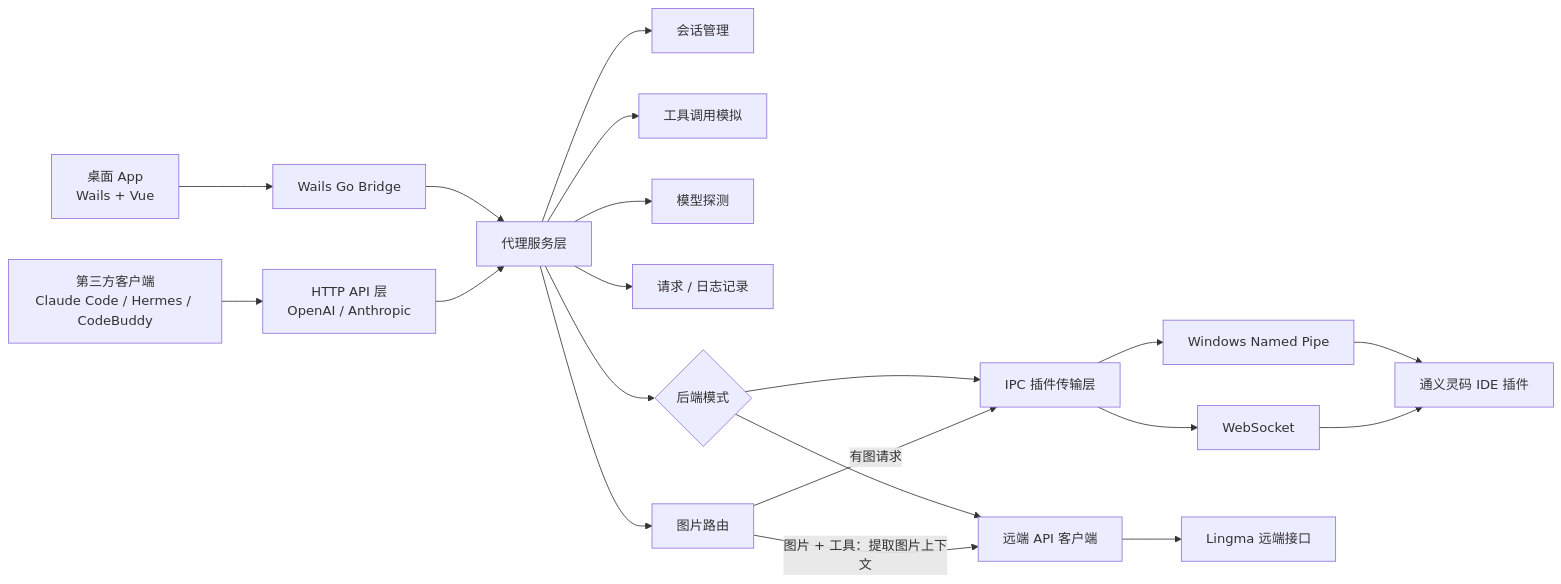
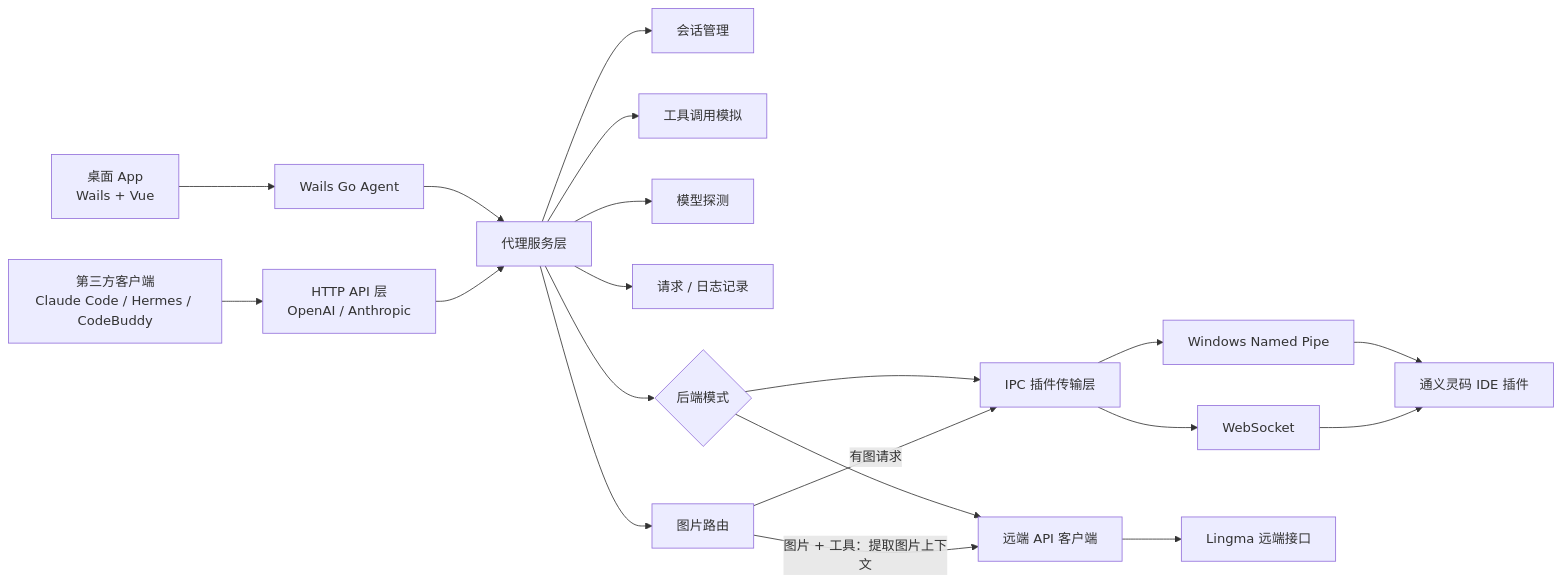
One commit to Lutiancheng1/lingma-proxy changed the diagram in README.zh-CN.md. Above: the diagram before and after it, drawn with Mermaid. The commit also changed other lines of this file and 53 other files, not shown here.

Commit message:
refactor: rename bridge to agent and release v1.6.8 with cloudflare deployment integration

````diff
--- a/README.zh-CN.md
+++ b/README.zh-CN.md
@@ -301,22 +301,22 @@
 ```mermaid
 flowchart LR
   Client["第三方客户端<br/>Claude Code / Hermes / CodeBuddy"] --> HTTP["HTTP API 层<br/>OpenAI / Anthropic"]
-  Desktop["桌面 App<br/>Wails + Vue"] --> Bridge["Wails Go Bridge"]
-  Bridge --> Service["代理服务层"]
+  Desktop["桌面 App<br/>Wails + Vue"] --> Agent["Wails Go Agent"]
+  Agent --> Service["代理服务层"]
   HTTP --> Service
   Service --> Session["会话管理"]
   Service --> Tooling["工具调用模拟"]
   Service --> Model["模型探测"]
   Service --> Recorder["请求 / 日志记录"]
   Service --> Images["图片路由"]
   Service --> Backend{"后端模式"}
   Backend --> Transport["IPC 插件传输层"]
   Backend --> Remote["远端 API 客户端"]
   Images -->|"有图请求"| Transport
   Images -->|"图片 + 工具：提取图片上下文"| Remote
   Transport --> Pipe["Windows Named Pipe"]
   Transport --> WS["WebSocket"]
   Pipe --> Lingma["通义灵码 IDE 插件"]
   WS --> Lingma
   Remote --> Cloud["Lingma 远端接口"]
 ```
````
